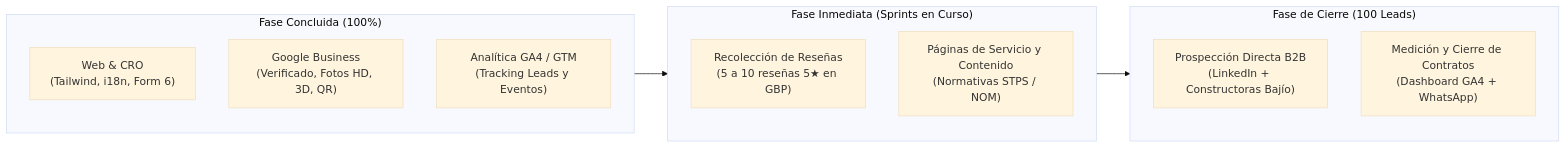
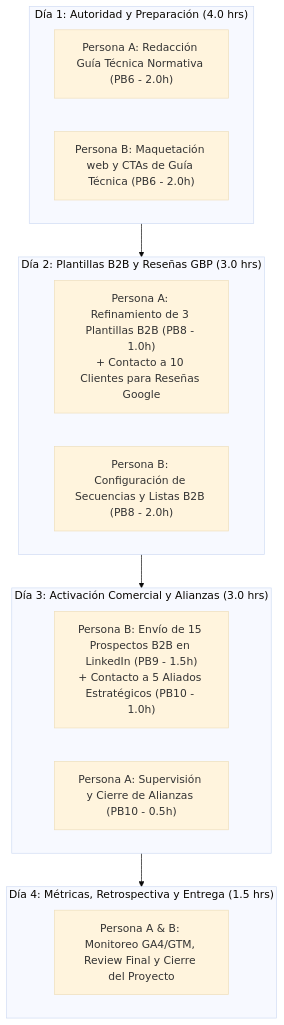
Before and after one commit to macandreshernan/website-legado-ambiental: the diagram in markdown/INFORME_ESTADO_PLAN_TRABAJO_OCT_2026.md, drawn with Mermaid (base theme). The commit also changed other lines of this file and 13 other files, not shown here.

First line of the commit message:
feat(cro): unificar numero oficial de whatsapp y personalizar mensajes contextuales segun seccion y servicio

````diff
--- a/markdown/INFORME_ESTADO_PLAN_TRABAJO_OCT_2026.md
+++ b/markdown/INFORME_ESTADO_PLAN_TRABAJO_OCT_2026.md
@@ -96,21 +227,25 @@
 ```mermaid
-flowchart LR
-    subgraph FASE_CONCLUIDA["Fase Concluida (100%)"]
-        W["Web & CRO<br/>(Tailwind, i18n, Form 6)"]
-        G["Google Business<br/>(Verificado, Fotos HD, 3D, QR)"]
-        A["Analítica GA4 / GTM<br/>(Tracking Leads y Eventos)"]
+flowchart TD
+    subgraph DIA_1["Día 1: Autoridad y Preparación (4.0 hrs)"]
+        A1["Persona A: Redacción Guía Técnica Normativa (PB6 - 2.0h)"]
+        B1["Persona B: Maquetación web y CTAs de Guía Técnica (PB6 - 2.0h)"]
     end
 
-    subgraph FASE_ACTUAL["Fase Inmediata (Sprints en Curso)"]
-        R["Recolección de Reseñas<br/>(5 a 10 reseñas 5★ en GBP)"]
-        L["Páginas de Servicio y Contenido<br/>(Normativas STPS / NOM)"]
+    subgraph DIA_2["Día 2: Plantillas B2B y Reseñas GBP (3.0 hrs)"]
+        A2["Persona A: Refinamiento de 3 Plantillas B2B (PB8 - 1.0h)<br/>+ Contacto a 10 Clientes para Reseñas Google"]
+        B2["Persona B: Configuración de Secuencias y Listas B2B (PB8 - 2.0h)"]
     end
 
-    subgraph PROSPECCION["Fase de Cierre (100 Leads)"]
-        P["Prospección Directa B2B<br/>(LinkedIn + Constructoras Bajío)"]
-        M["Medición y Cierre de Contratos<br/>(Dashboard GA4 + WhatsApp)"]
+    subgraph DIA_3["Día 3: Activación Comercial y Alianzas (3.0 hrs)"]
+        B3["Persona B: Envío de 15 Prospectos B2B en LinkedIn (PB9 - 1.5h)<br/>+ Contacto a 5 Aliados Estratégicos (PB10 - 1.0h)"]
+        A3["Persona A: Supervisión y Cierre de Alianzas (PB10 - 0.5h)"]
     end
 
-    FASE_CONCLUIDA --> FASE_ACTUAL
-    FASE_ACTUAL --> PROSPECCION
+    subgraph DIA_4["Día 4: Métricas, Retrospectiva y Entrega (1.5 hrs)"]
+        AB4["Persona A & B: Monitoreo GA4/GTM, Review Final y Cierre del Proyecto"]
+    end
+
+    DIA_1 --> DIA_2
+    DIA_2 --> DIA_3
+    DIA_3 --> DIA_4
 ```
````
